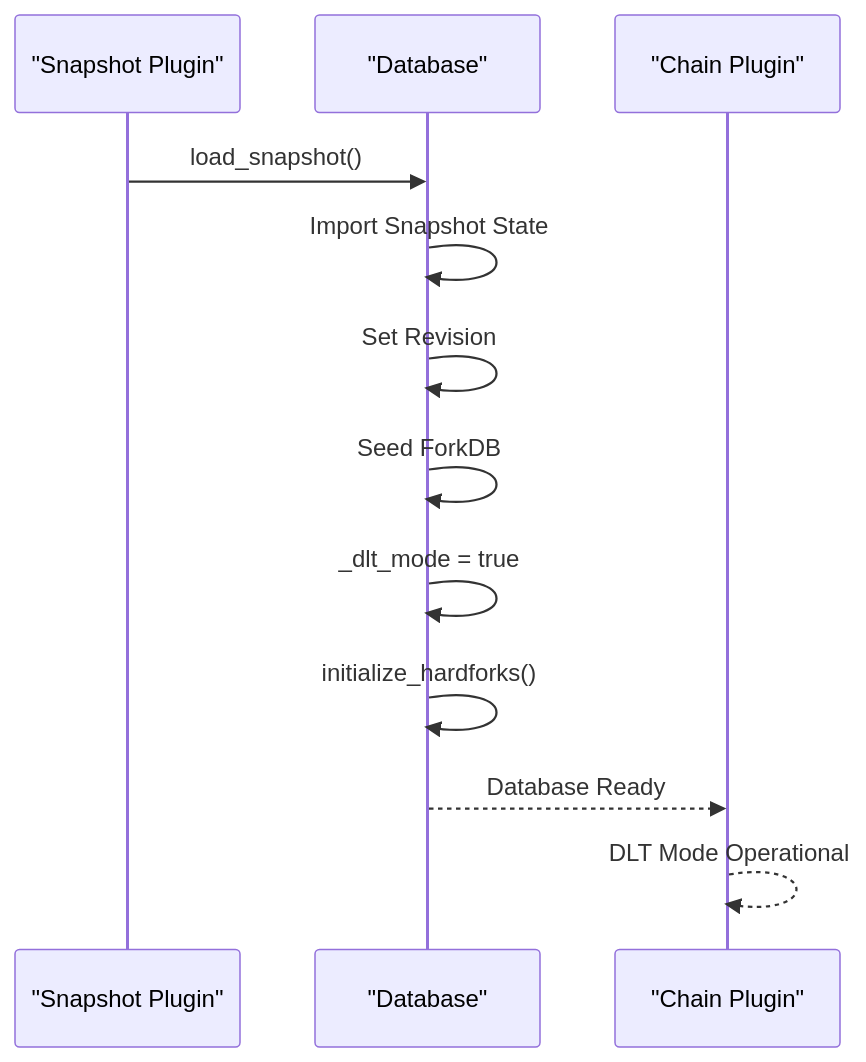
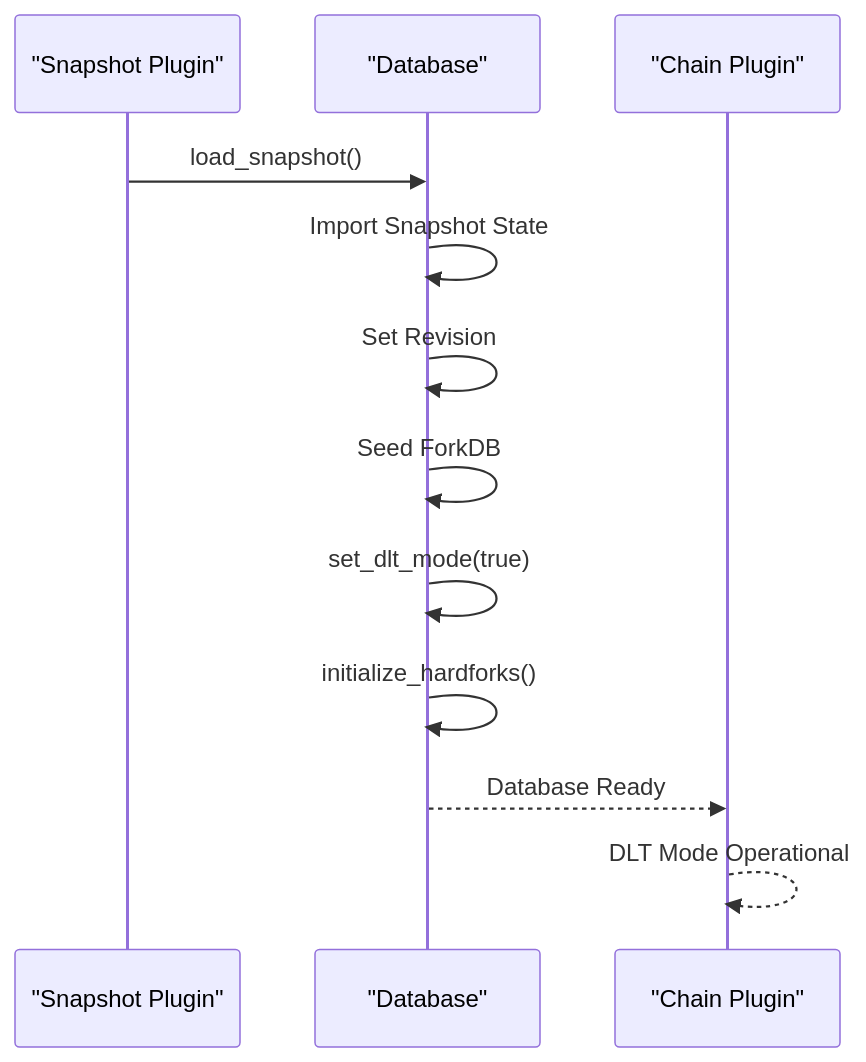
One commit to VIZ-Blockchain/viz-cpp-node changed diagram 23 of 26 in .qoder/repowiki/en/content/Plugin System/Snapshot Plugin System.md. Above: the diagram before and after it, drawn with Mermaid. The commit also changed other lines of this file and 4 other files, not shown here.

First line of the commit message:
feat(dlt): enhance DLT mode detection, validation, and error handling

````diff
--- a/.qoder/repowiki/en/content/Plugin System/Snapshot Plugin System.md
+++ b/.qoder/repowiki/en/content/Plugin System/Snapshot Plugin System.md
@@ -829,14 +855,14 @@
 ```mermaid
 sequenceDiagram
 participant Snap as "Snapshot Plugin"
 participant DB as "Database"
 participant Chain as "Chain Plugin"
 Snap->>DB : load_snapshot()
 DB->>DB : Import Snapshot State
 DB->>DB : Set Revision
 DB->>DB : Seed ForkDB
-DB->>DB : _dlt_mode = true
+DB->>DB : set_dlt_mode(true)
 DB->>DB : initialize_hardforks()
 DB-->>Chain : Database Ready
 Chain-->>Chain : DLT Mode Operational
 ```
````
